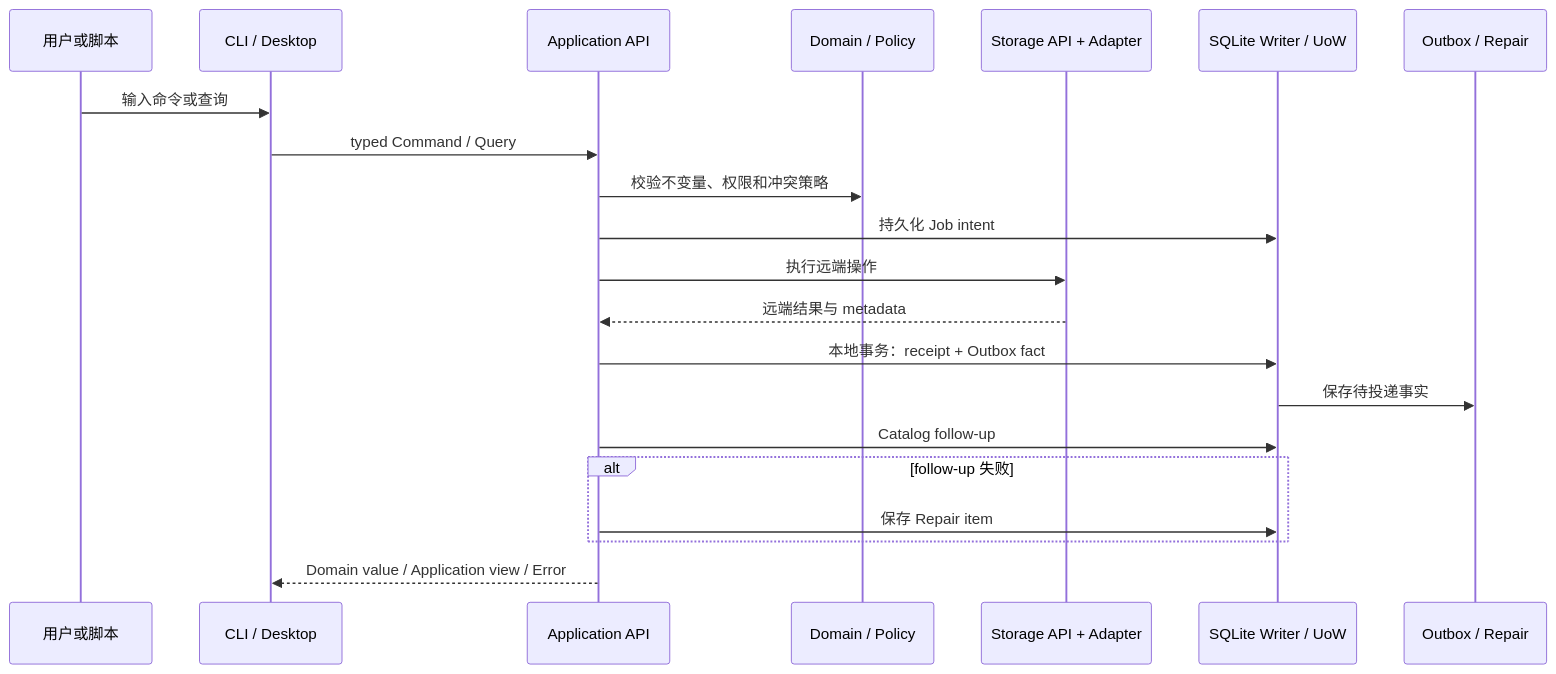
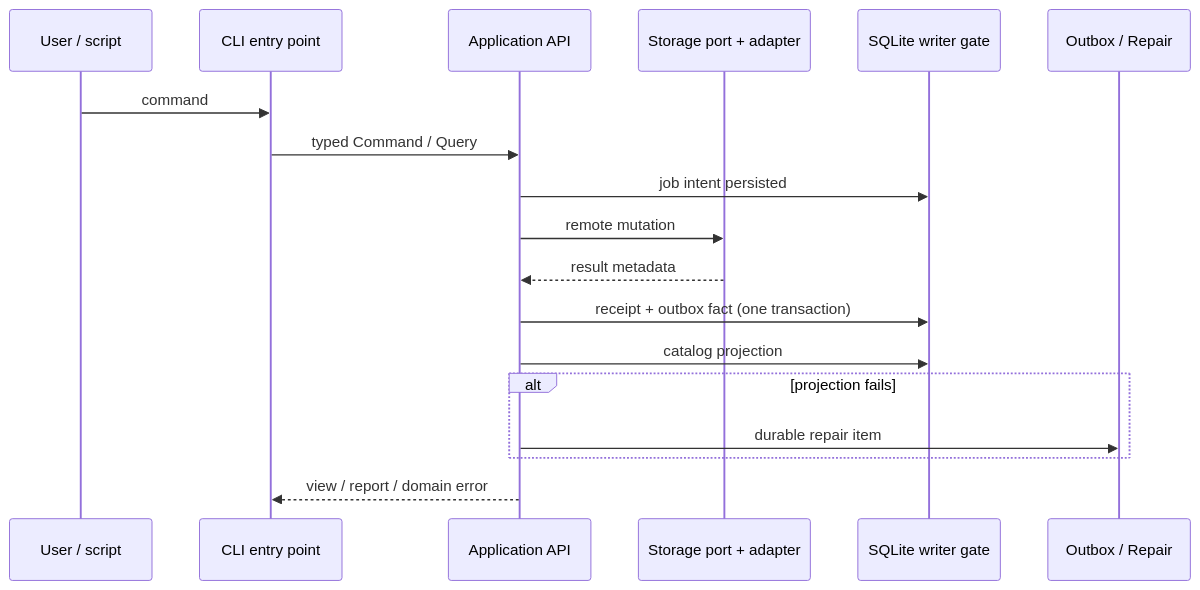
One commit to copofe/rstore changed the third of 3 diagrams in docs/architecture-guide.md. Above: the diagram before and after it, drawn with Mermaid. The commit also changed other lines of this file and 9 other files, not shown here.

````diff
--- a/docs/architecture-guide.md
+++ b/docs/architecture-guide.md
@@ -108,24 +252,21 @@
 ```mermaid
 sequenceDiagram
-    participant U as 用户或脚本
-    participant E as CLI / Desktop
+    participant U as User / script
+    participant E as CLI entry point
     participant A as Application API
-    participant D as Domain / Policy
-    participant S as Storage API + Adapter
-    participant DB as SQLite Writer / UoW
+    participant S as Storage port + adapter
+    participant DB as SQLite writer gate
     participant O as Outbox / Repair
 
-    U->>E: 输入命令或查询
+    U->>E: command
     E->>A: typed Command / Query
-    A->>D: 校验不变量、权限和冲突策略
-    A->>DB: 持久化 Job intent
-    A->>S: 执行远端操作
-    S-->>A: 远端结果与 metadata
-    A->>DB: 本地事务：receipt + Outbox fact
-    DB->>O: 保存待投递事实
-    A->>DB: Catalog follow-up
-    alt follow-up 失败
-        A->>DB: 保存 Repair item
+    A->>DB: job intent persisted
+    A->>S: remote mutation
+    S-->>A: result metadata
+    A->>DB: receipt + outbox fact (one transaction)
+    A->>DB: catalog projection
+    alt projection fails
+        A->>O: durable repair item
     end
-    A-->>E: Domain value / Application view / Error
+    A-->>E: view / report / domain error
 ```
````
